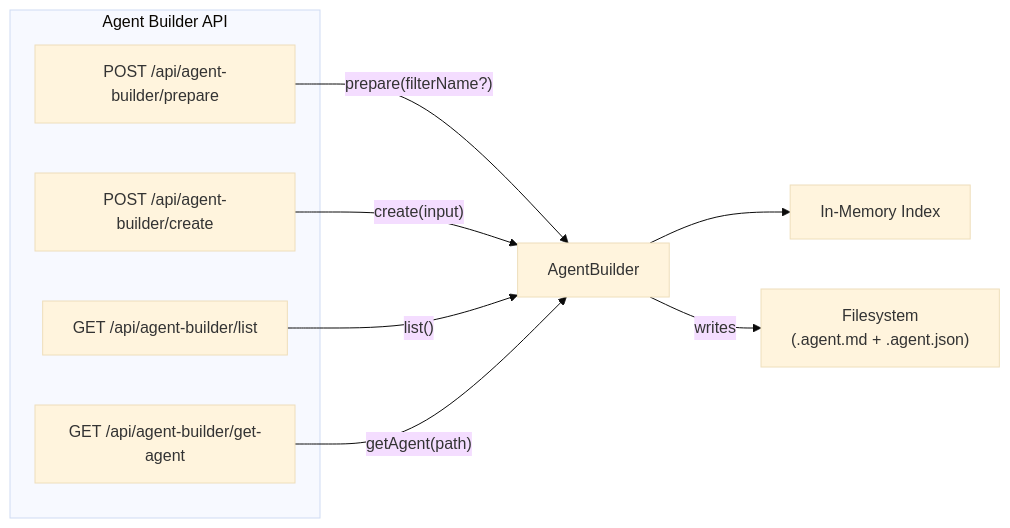
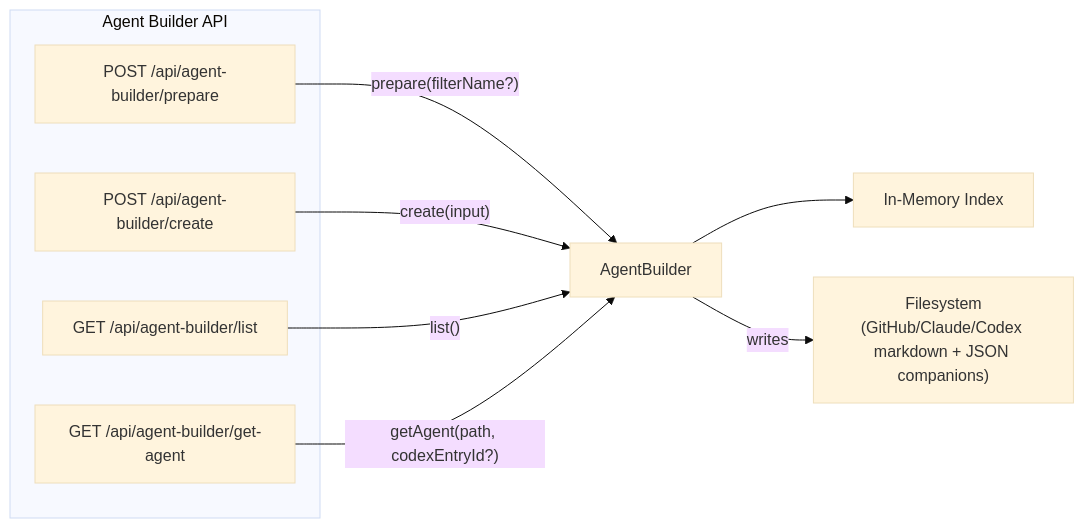
Before and after one commit to Kyliathy/context-core: the seventh of 12 diagrams in server/zz-reach2/architecture/agents/archi-agent-builder.md, drawn with Mermaid (base theme). The commit also changed other lines of this file and 23 other files, not shown here.

First line of the commit message:
feat(agent-builder): add Codex agent support and improve multi-path handling

````diff
--- a/server/zz-reach2/architecture/agents/archi-agent-builder.md
+++ b/server/zz-reach2/architecture/agents/archi-agent-builder.md
@@ -361,17 +395,17 @@
 ```mermaid
 flowchart LR
     subgraph Endpoints["Agent Builder API"]
         E1["POST /api/agent-builder/prepare"]
         E2["POST /api/agent-builder/create"]
         E3["GET /api/agent-builder/list"]
         E4["GET /api/agent-builder/get-agent"]
     end
 
     E1 -->|"prepare(filterName?)"| AB["AgentBuilder"]
     E2 -->|"create(input)"| AB
     E3 -->|"list()"| AB
-    E4 -->|"getAgent(path)"| AB
+    E4 -->|"getAgent(path, codexEntryId?)"| AB
 
     AB --> IDX["In-Memory Index"]
-    AB -->|"writes"| FS["Filesystem<br/>(.agent.md + .agent.json)"]
+    AB -->|"writes"| FS["Filesystem<br/>(GitHub/Claude/Codex markdown + JSON companions)"]
 ```
````
